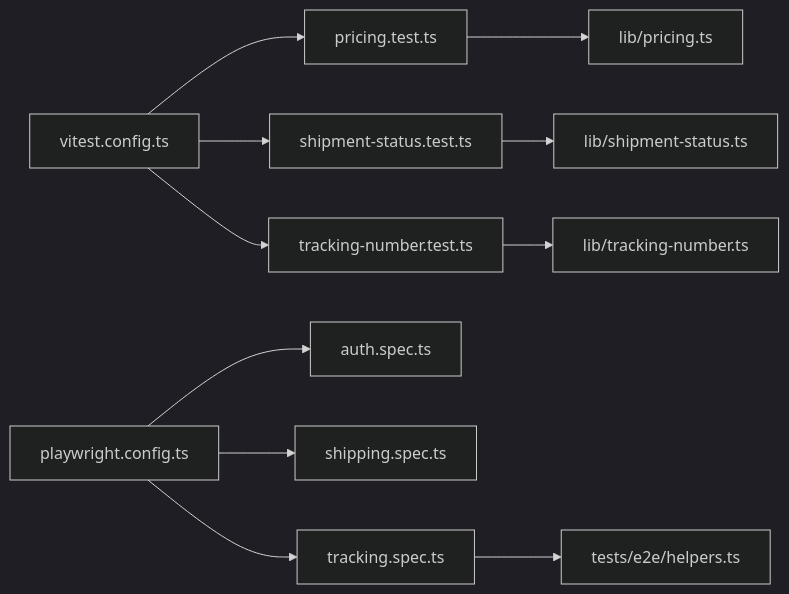
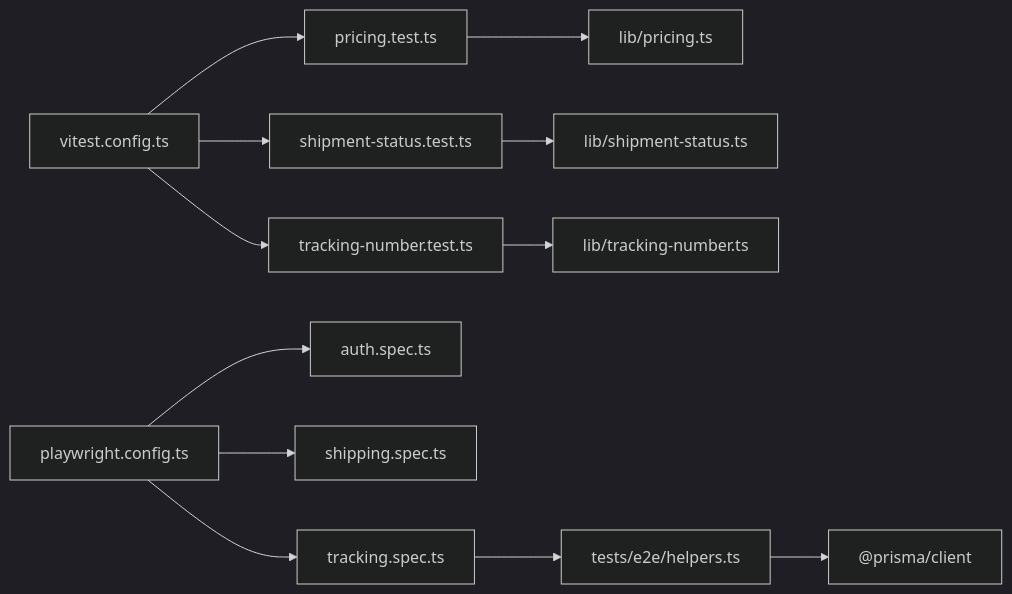
Before and after one commit to gyamposudodzi/Timberland: the seventh of 8 diagrams in .qoder/repowiki/en/content/Testing Guide.md, drawn with Mermaid (dark theme). The commit also changed other lines of this file and 87 other files, not shown here.

````diff
--- a/.qoder/repowiki/en/content/Testing Guide.md
+++ b/.qoder/repowiki/en/content/Testing Guide.md
@@ -327,13 +339,14 @@
 ```mermaid
 graph LR
 VT["vitest.config.ts"] --> PT["pricing.test.ts"]
 VT --> ST["shipment-status.test.ts"]
 VT --> TT["tracking-number.test.ts"]
 PW["playwright.config.ts"] --> EA["auth.spec.ts"]
 PW --> ES["shipping.spec.ts"]
 PW --> ET["tracking.spec.ts"]
 PT --> LP["lib/pricing.ts"]
 ST --> LS["lib/shipment-status.ts"]
 TT --> LN["lib/tracking-number.ts"]
 ET --> EH["tests/e2e/helpers.ts"]
+EH --> PRISMA["@prisma/client"]
 ```
````
